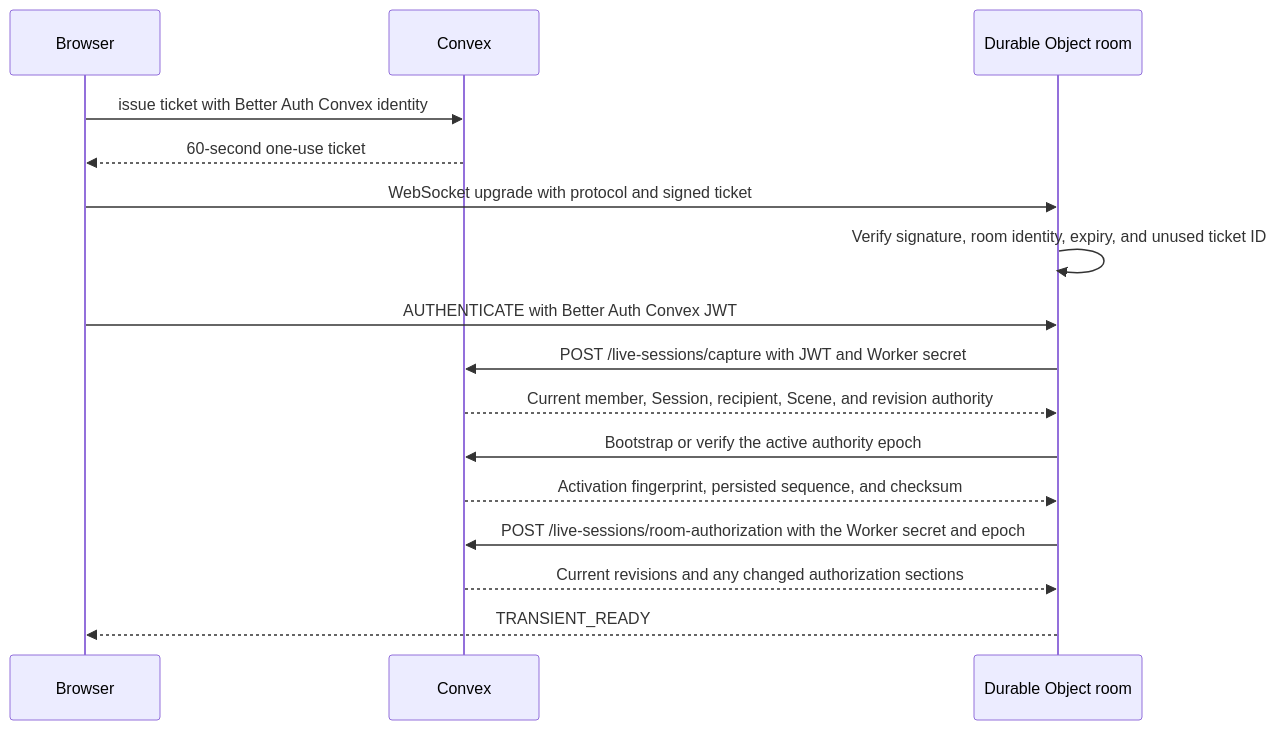
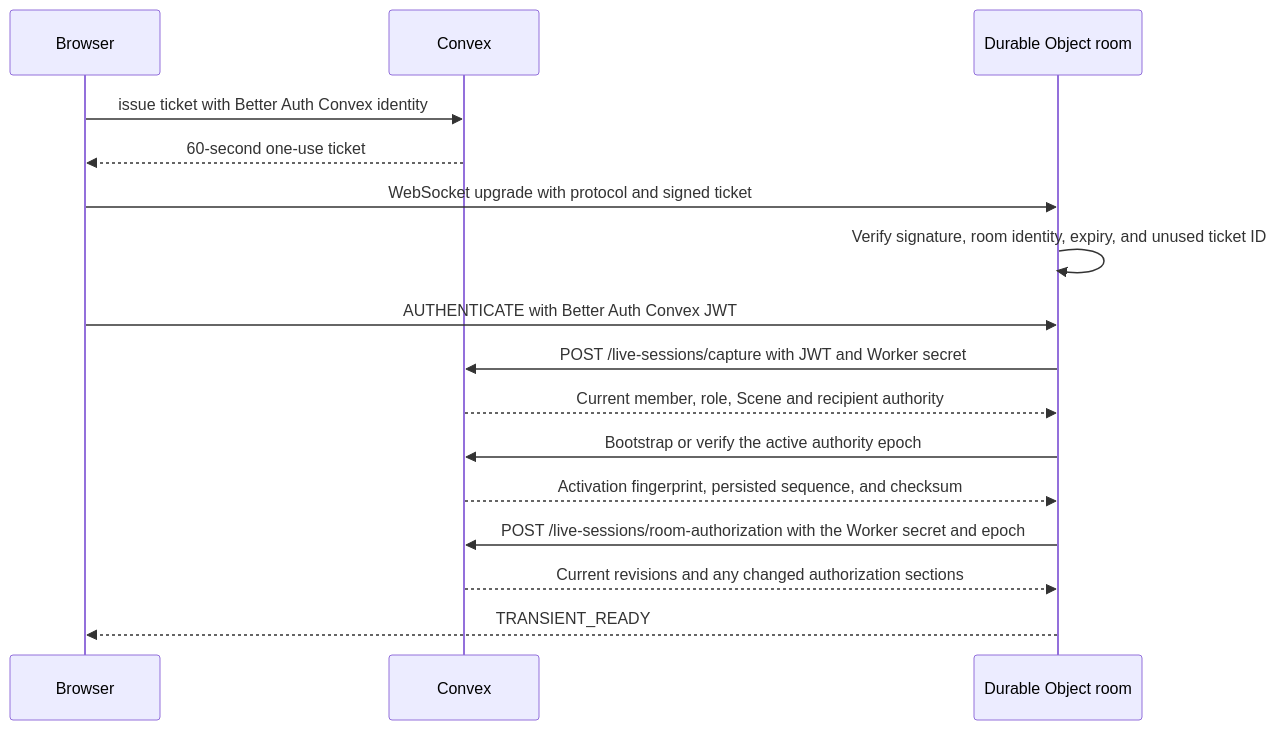
One commit to MPiland/artificer-toolkit changed the third of 3 diagrams in docs/architecture/live-sessions.md. Above: the diagram before and after it, drawn with Mermaid. The commit also changed other lines of this file and 13 other files, not shown here.

First line of the commit message:
Rewrite the live-session, persistence and rules-runtime guides for the room-authoritative system (VS-8)

````diff
--- a/docs/architecture/live-sessions.md
+++ b/docs/architecture/live-sessions.md
@@ -1126,19 +288,19 @@
 ```mermaid
 sequenceDiagram
   participant Browser
   participant Convex
   participant Room as Durable Object room
 
   Browser->>Convex: issue ticket with Better Auth Convex identity
   Convex-->>Browser: 60-second one-use ticket
   Browser->>Room: WebSocket upgrade with protocol and signed ticket
   Room->>Room: Verify signature, room identity, expiry, and unused ticket ID
   Browser->>Room: AUTHENTICATE with Better Auth Convex JWT
   Room->>Convex: POST /live-sessions/capture with JWT and Worker secret
-  Convex-->>Room: Current member, Session, recipient, Scene, and revision authority
+  Convex-->>Room: Current member, role, Scene and recipient authority
   Room->>Convex: Bootstrap or verify the active authority epoch
   Convex-->>Room: Activation fingerprint, persisted sequence, and checksum
   Room->>Convex: POST /live-sessions/room-authorization with the Worker secret and epoch
   Convex-->>Room: Current revisions and any changed authorization sections
   Room-->>Browser: TRANSIENT_READY
 ```
````
